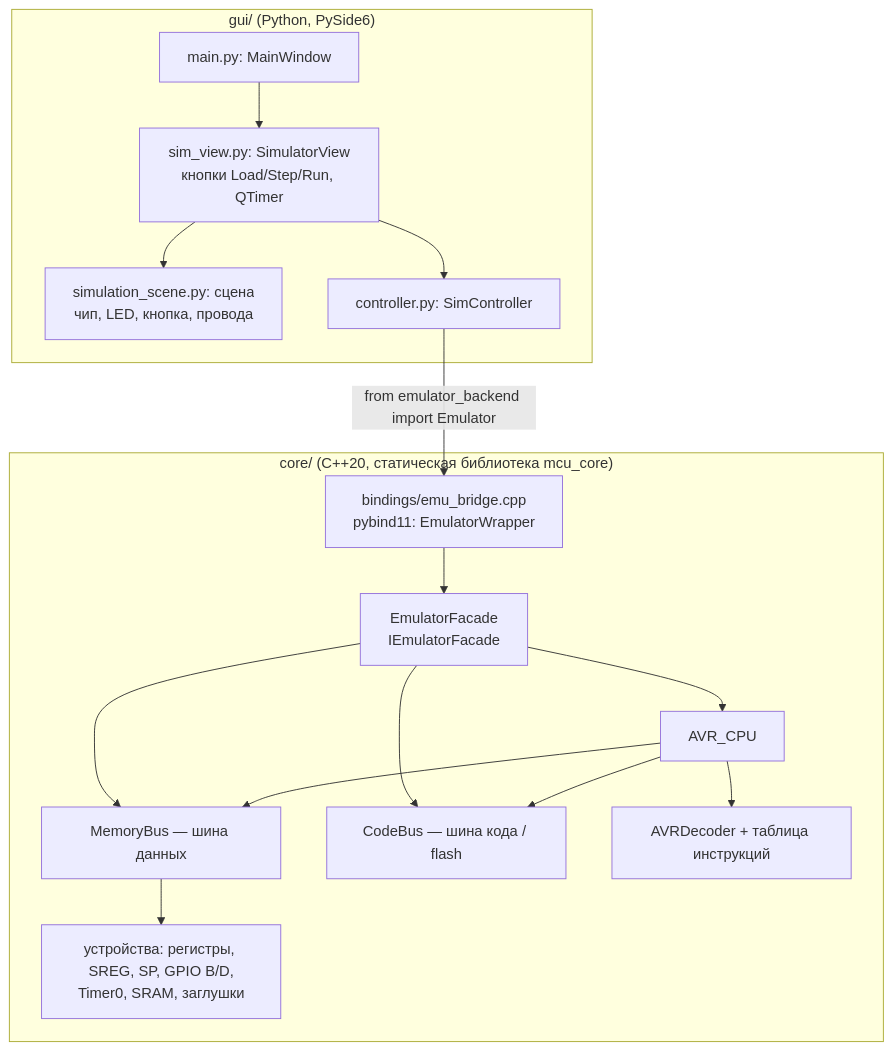
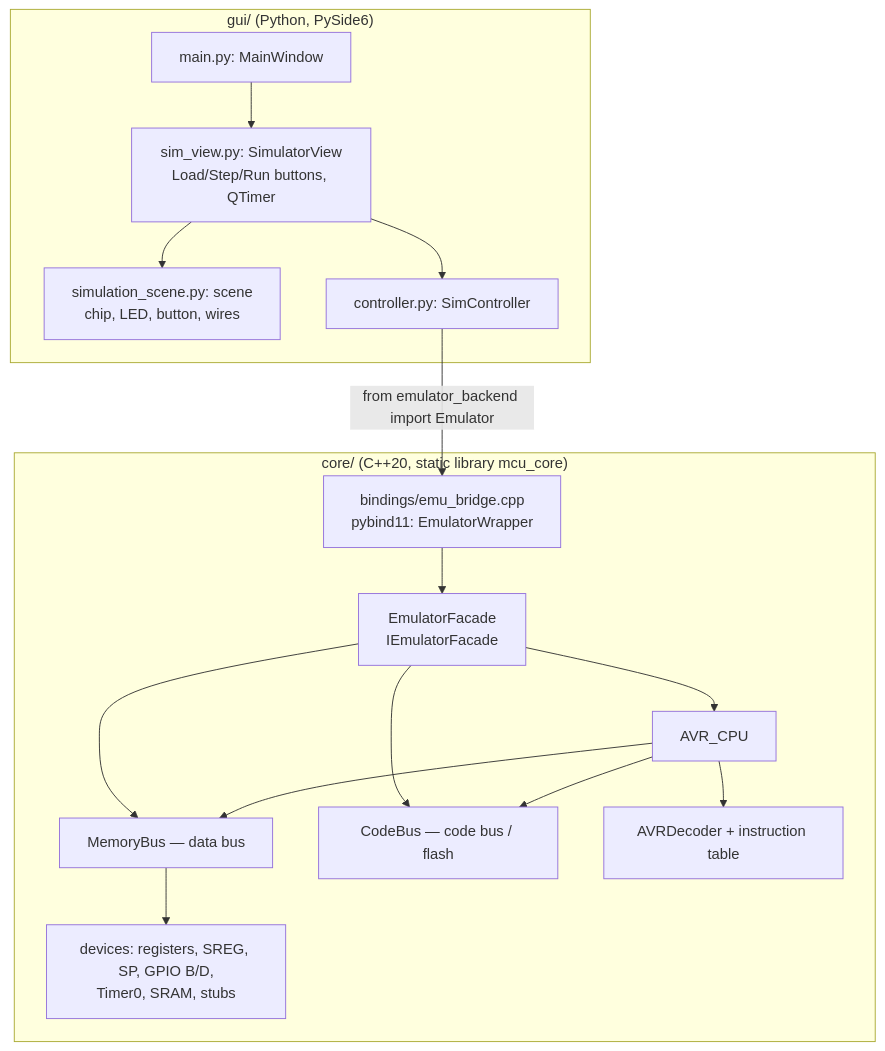
The first of 2 diagrams in docs/architecture.md (Geger-Metov/microcontroller-emulator), drawn with Mermaid before and after one commit. The commit also changed other lines of this file and 10 other files, not shown here.

````diff
--- a/docs/architecture.md
+++ b/docs/architecture.md
@@ -7,19 +8,19 @@
 ```mermaid
 flowchart TB
   subgraph GUI["gui/ (Python, PySide6)"]
-    MW[main.py: MainWindow] --> SV[sim_view.py: SimulatorView<br/>кнопки Load/Step/Run, QTimer]
-    SV --> SC[simulation_scene.py: сцена<br/>чип, LED, кнопка, провода]
+    MW[main.py: MainWindow] --> SV[sim_view.py: SimulatorView<br/>Load/Step/Run buttons, QTimer]
+    SV --> SC[simulation_scene.py: scene<br/>chip, LED, button, wires]
     SV --> CT[controller.py: SimController]
   end
   CT -->|from emulator_backend import Emulator| BR
-  subgraph CORE["core/ (C++20, статическая библиотека mcu_core)"]
+  subgraph CORE["core/ (C++20, static library mcu_core)"]
     BR[bindings/emu_bridge.cpp<br/>pybind11: EmulatorWrapper] --> F[EmulatorFacade<br/>IEmulatorFacade]
     F --> CPU[AVR_CPU]
-    F --> DB[MemoryBus — шина данных]
-    F --> CB[CodeBus — шина кода / flash]
-    CPU --> DEC[AVRDecoder + таблица инструкций]
+    F --> DB[MemoryBus — data bus]
+    F --> CB[CodeBus — code bus / flash]
+    CPU --> DEC[AVRDecoder + instruction table]
     CPU --> DB
     CPU --> CB
-    DB --> DEV[устройства: регистры, SREG, SP, GPIO B/D,<br/>Timer0, SRAM, заглушки]
+    DB --> DEV[devices: registers, SREG, SP, GPIO B/D,<br/>Timer0, SRAM, stubs]
   end
 ```
````
